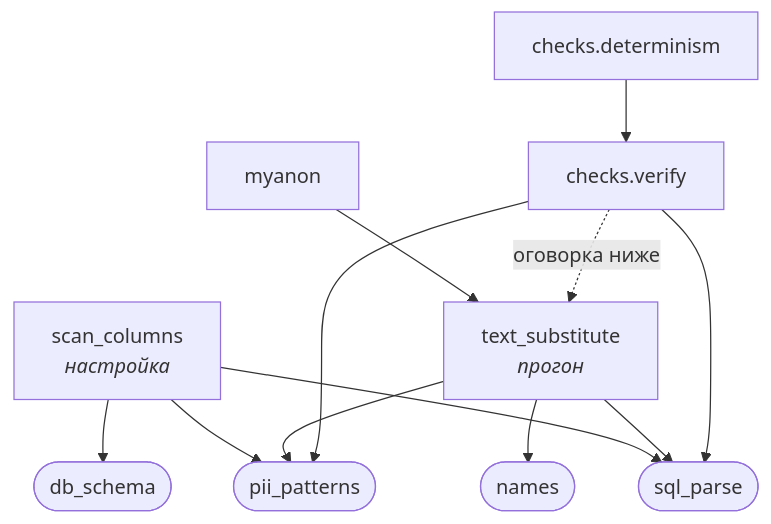
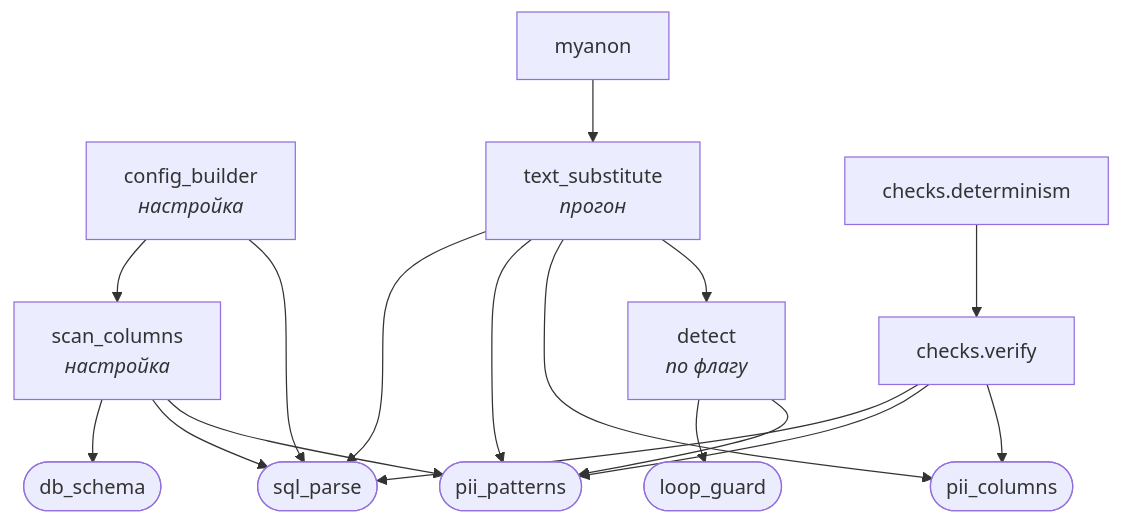
Before and after one commit to Andrey-Ostapenko/rusal-sanitizer: the first of 3 diagrams in README.md, drawn with Mermaid. The commit also changed other lines of this file and 3 other files, not shown here.

````diff
--- a/README.md
+++ b/README.md
@@ -164,21 +164,29 @@
 ```mermaid
 graph TD
     scan["scan_columns<br/><i>настройка</i>"]
+    build["config_builder<br/><i>настройка</i>"]
     myanon["myanon"] --> subst["text_substitute<br/><i>прогон</i>"]
     determ["checks.determinism"] --> verify["checks.verify"]
+    detect["detect<br/><i>по флагу</i>"]
 
+    columns(["pii_columns"])
     db_schema(["db_schema"])
     sql_parse(["sql_parse"])
     pii(["pii_patterns"])
-    names(["names"])
+    guard(["loop_guard"])
 
     scan --> db_schema
     scan --> sql_parse
     scan --> pii
+    build --> scan
+    build --> sql_parse
     subst --> sql_parse
-    subst --> names
     subst --> pii
+    subst --> columns
+    subst --> detect
+    detect --> guard
+    detect --> pii
     verify --> sql_parse
     verify --> pii
-    verify -.->|"оговорка ниже"| subst
+    verify --> columns
 ```
````
